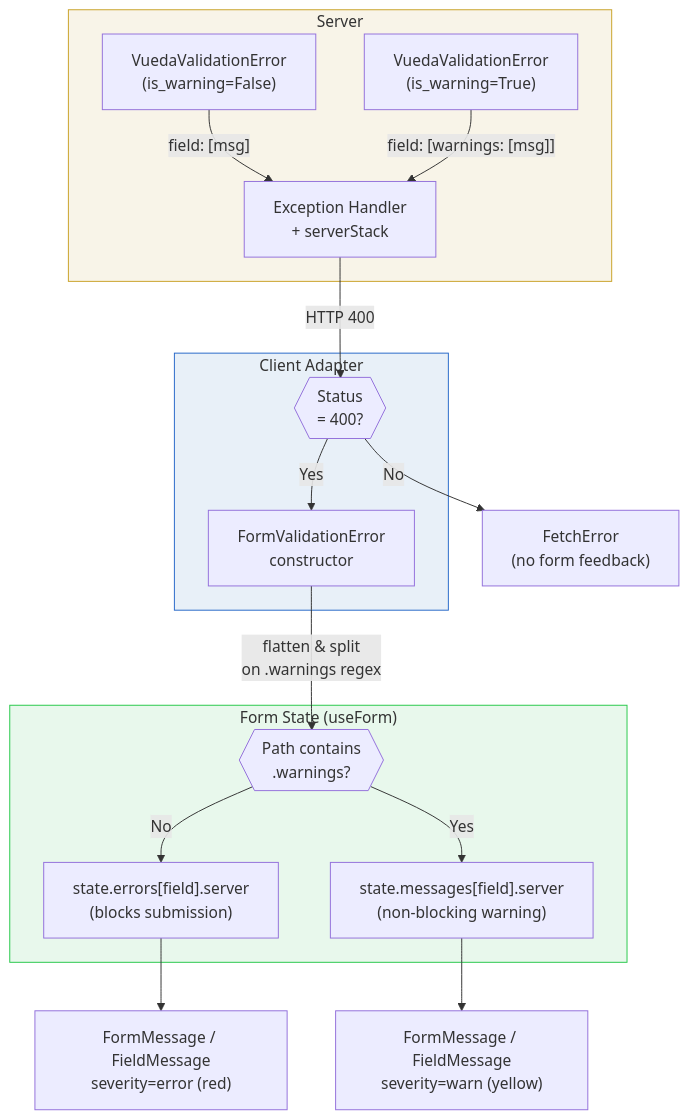
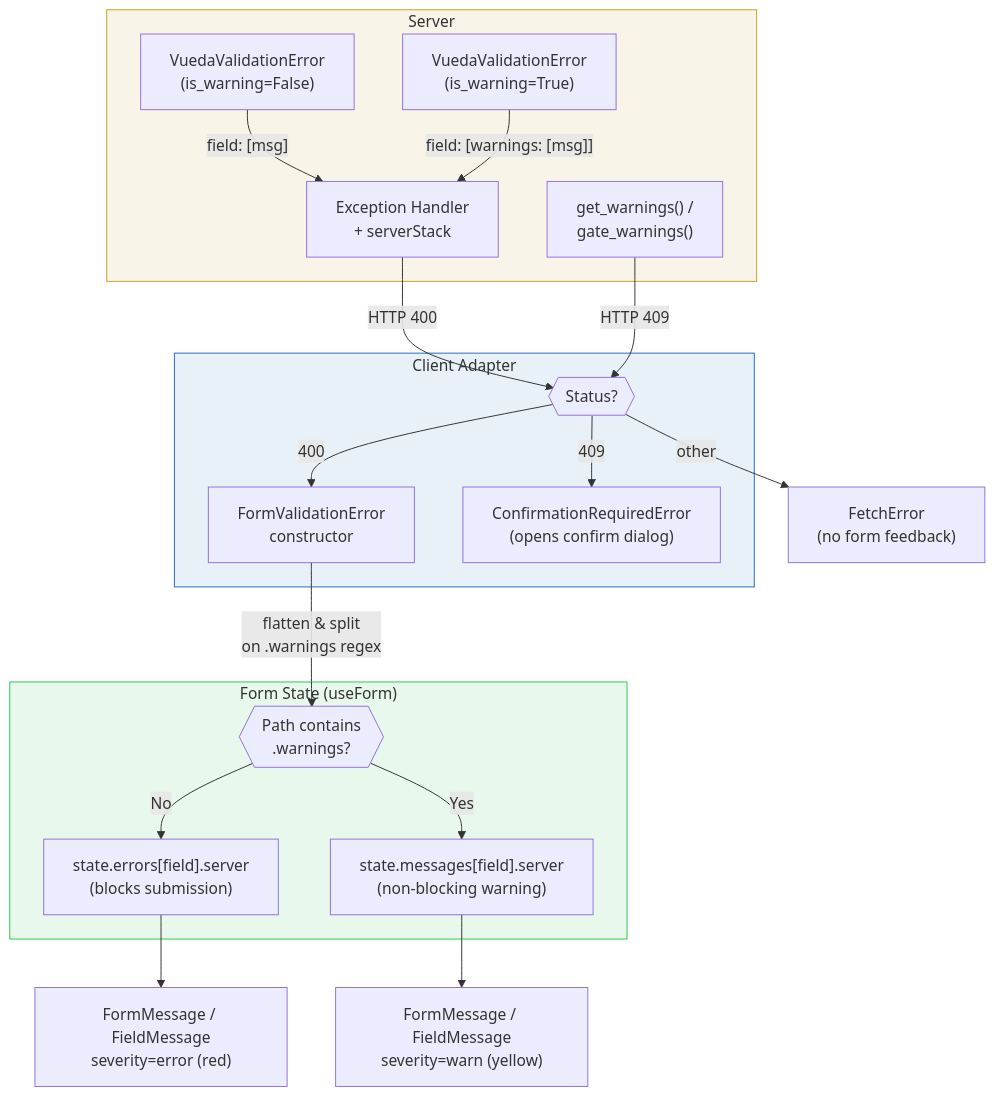
One commit to arrai-innovations/vueda changed the diagram in docs/core-concepts/error-and-validation-contract.md. Above: the diagram before and after it, drawn with Mermaid. The commit also changed other lines of this file, not shown here.

Commit message:
docs: add warning confirmation gate

````diff
--- a/docs/core-concepts/error-and-validation-contract.md
+++ b/docs/core-concepts/error-and-validation-contract.md
@@ -14,38 +14,42 @@
 ```mermaid
 flowchart TD
     subgraph Server
         VVE["VuedaValidationError<br/>(is_warning=False)"]
         VVW["VuedaValidationError<br/>(is_warning=True)"]
         EH["Exception Handler<br/>+ serverStack"]
+        WG["get_warnings() /<br/>gate_warnings()"]
     end
 
     VVE -- "field: [msg]" --> EH
     VVW -- "field: [warnings: [msg]]" --> EH
     EH -- "HTTP 400" --> GATE
+    WG -- "HTTP 409" --> GATE
 
     subgraph Client["Client Adapter"]
-        GATE{{"Status<br/>= 400?"}}
+        GATE{{"Status?"}}
         FVE["FormValidationError<br/>constructor"]
+        CRE["ConfirmationRequiredError<br/>(opens confirm dialog)"]
     end
 
-    GATE -- "Yes" --> FVE
-    GATE -- "No" --> FE["FetchError<br/>(no form feedback)"]
+    GATE -- "400" --> FVE
+    GATE -- "409" --> CRE
+    GATE -- "other" --> FE["FetchError<br/>(no form feedback)"]
 
     FVE -- "flatten & split<br/>on .warnings regex" --> SPLIT
 
     subgraph FormState["Form State (useForm)"]
         SPLIT{{"Path contains<br/>.warnings?"}}
         ERR["state.errors[field].server<br/>(blocks submission)"]
         MSG["state.messages[field].server<br/>(non-blocking warning)"]
     end
 
     SPLIT -- "No" --> ERR
     SPLIT -- "Yes" --> MSG
 
     ERR --> RENDER_E["FormMessage / FieldMessage<br/>severity=error (red)"]
     MSG --> RENDER_W["FormMessage / FieldMessage<br/>severity=warn (yellow)"]
 
     style Server fill:#f8f4e8,stroke:#c9a227
     style Client fill:#e8f0f8,stroke:#2768c9
     style FormState fill:#e8f8ec,stroke:#27c94a
 ```
````
